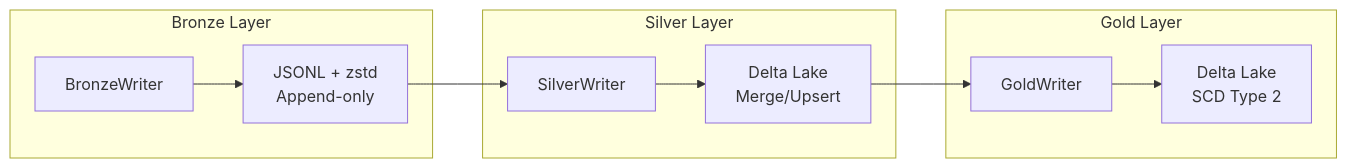
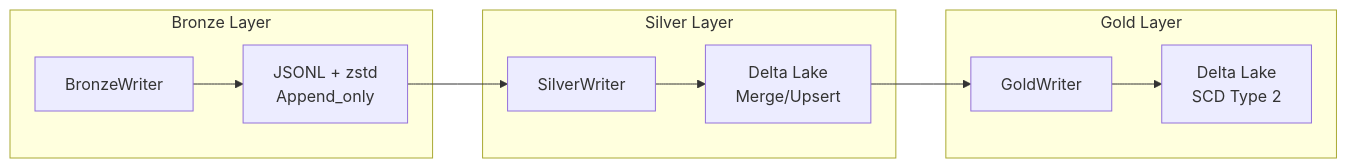
The diagram in docs/04-reference/api/infrastructure/storage.md (SatoryKono/BioactivityDataAcquisition), drawn with Mermaid before and after one commit. The commit also changed other lines of this file and 34 other files, not shown here.

````diff
--- a/docs/04-reference/api/infrastructure/storage.md
+++ b/docs/04-reference/api/infrastructure/storage.md
@@ -7,23 +7,23 @@
 ```mermaid
 flowchart LR
     subgraph Bronze["Bronze Layer"]
         BW[BronzeWriter]
-        BF["JSONL + zstd<br/>Append-only"]
+        BF["JSONL + zstd<br/>Append_only"]
     end
 
     subgraph Silver["Silver Layer"]
         SW[SilverWriter]
         SF["Delta Lake<br/>Merge/Upsert"]
     end
 
     subgraph Gold["Gold Layer"]
         GW[GoldWriter]
         GF["Delta Lake<br/>SCD Type 2"]
     end
 
     BW --> BF
     SW --> SF
     GW --> GF
     BF --> SW
     SF --> GW
 ```
````
